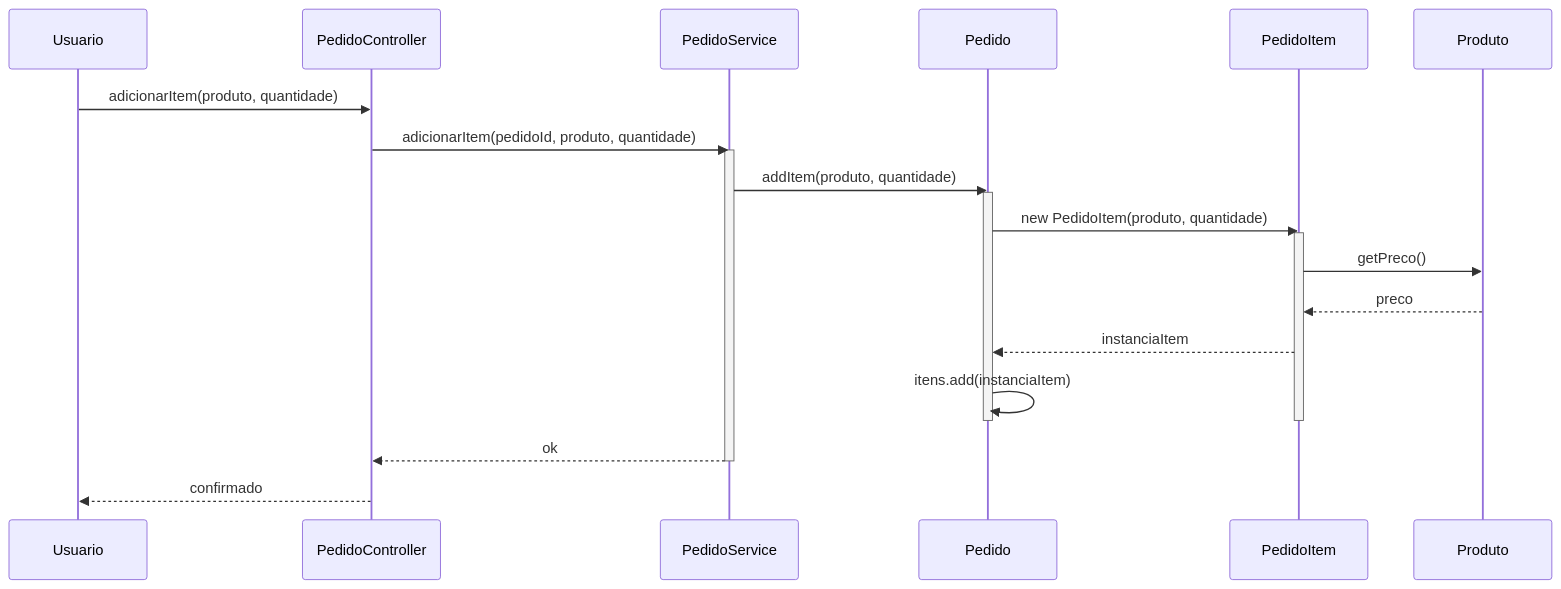
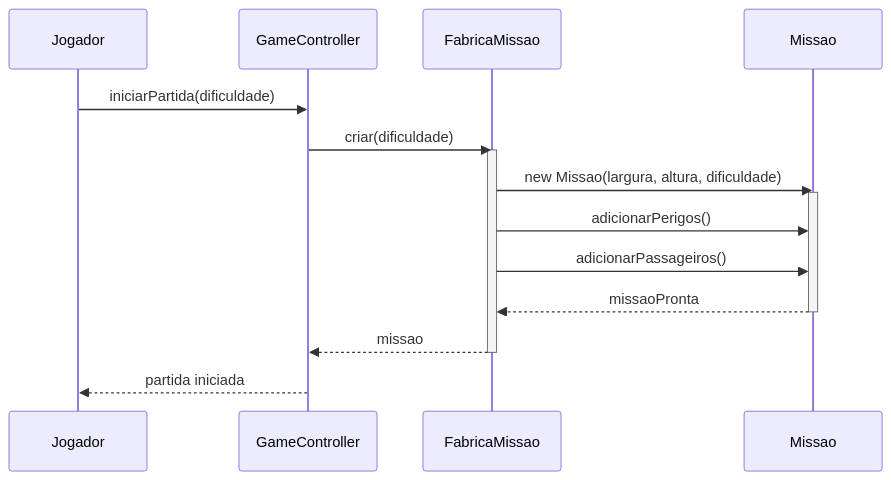
Before and after one commit to ProfBezerra/T200-ProjArqSist: the diagram in missaoMarteUnifor/grasp/apostilas-grasp/creator.md, drawn with Mermaid. The commit also changed other lines of this file and 10 other files, not shown here.

````diff
--- a/missaoMarteUnifor/grasp/apostilas-grasp/creator.md
+++ b/missaoMarteUnifor/grasp/apostilas-grasp/creator.md
@@ -60,24 +60,20 @@
 ```mermaid
 sequenceDiagram
-  participant Usuario
-  participant PedidoController
-  participant PedidoService
-  participant Pedido
+  participant Jogador
+  participant GameController
+  participant FabricaMissao
+  participant Missao
 
-  Usuario->>PedidoController: adicionarItem(produto, quantidade)
-  PedidoController->>PedidoService: adicionarItem(pedidoId, produto, quantidade)
-  activate PedidoService
-  PedidoService->>Pedido: addItem(produto, quantidade)
-  activate Pedido
-  Pedido->>PedidoItem: new PedidoItem(produto, quantidade)
-  activate PedidoItem
-  PedidoItem->>Produto: getPreco()
-  Produto-->>PedidoItem: preco
-  PedidoItem-->>Pedido: instanciaItem
-  Pedido->>Pedido: itens.add(instanciaItem)
-  deactivate PedidoItem
-  deactivate Pedido
-  PedidoService-->>PedidoController: ok
-  deactivate PedidoService
-  PedidoController-->>Usuario: confirmado
+  Jogador->>GameController: iniciarPartida(dificuldade)
+  GameController->>FabricaMissao: criar(dificuldade)
+  activate FabricaMissao
+  FabricaMissao->>Missao: new Missao(largura, altura, dificuldade)
+  activate Missao
+  FabricaMissao->>Missao: adicionarPerigos()
+  FabricaMissao->>Missao: adicionarPassageiros()
+  Missao-->>FabricaMissao: missaoPronta
+  deactivate Missao
+  FabricaMissao-->>GameController: missao
+  deactivate FabricaMissao
+  GameController-->>Jogador: partida iniciada
 ```
````
